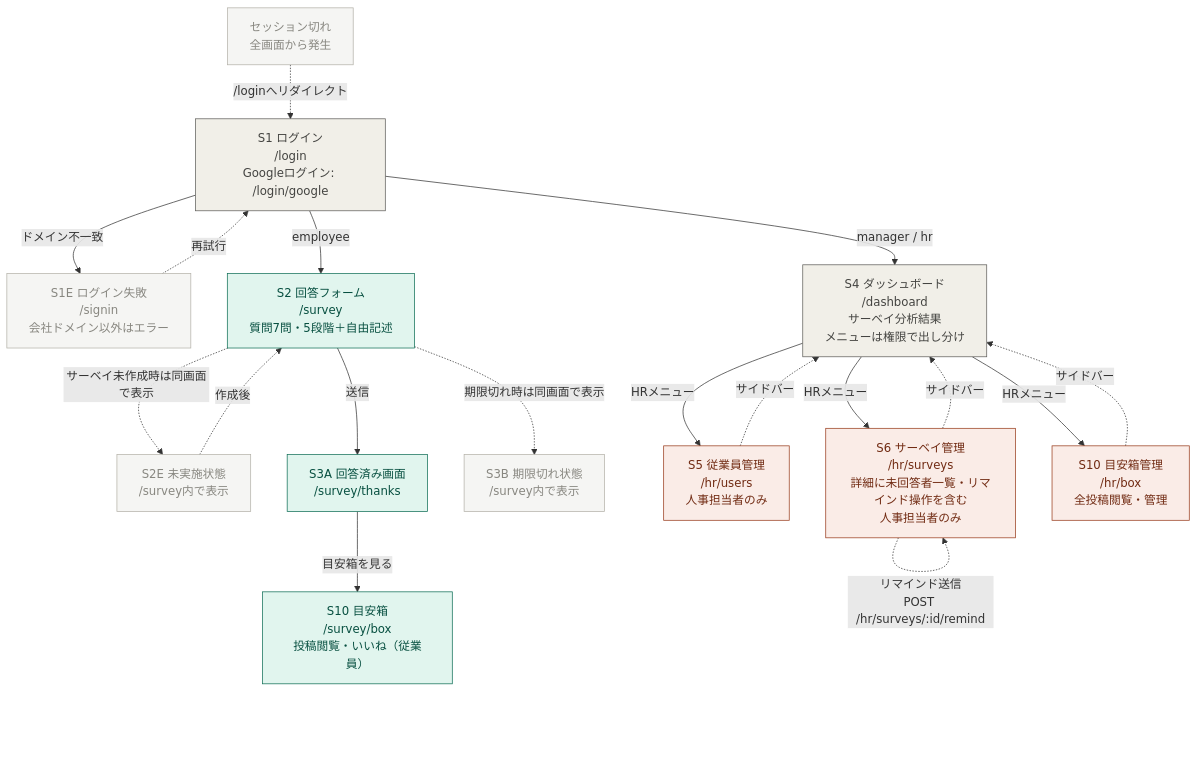
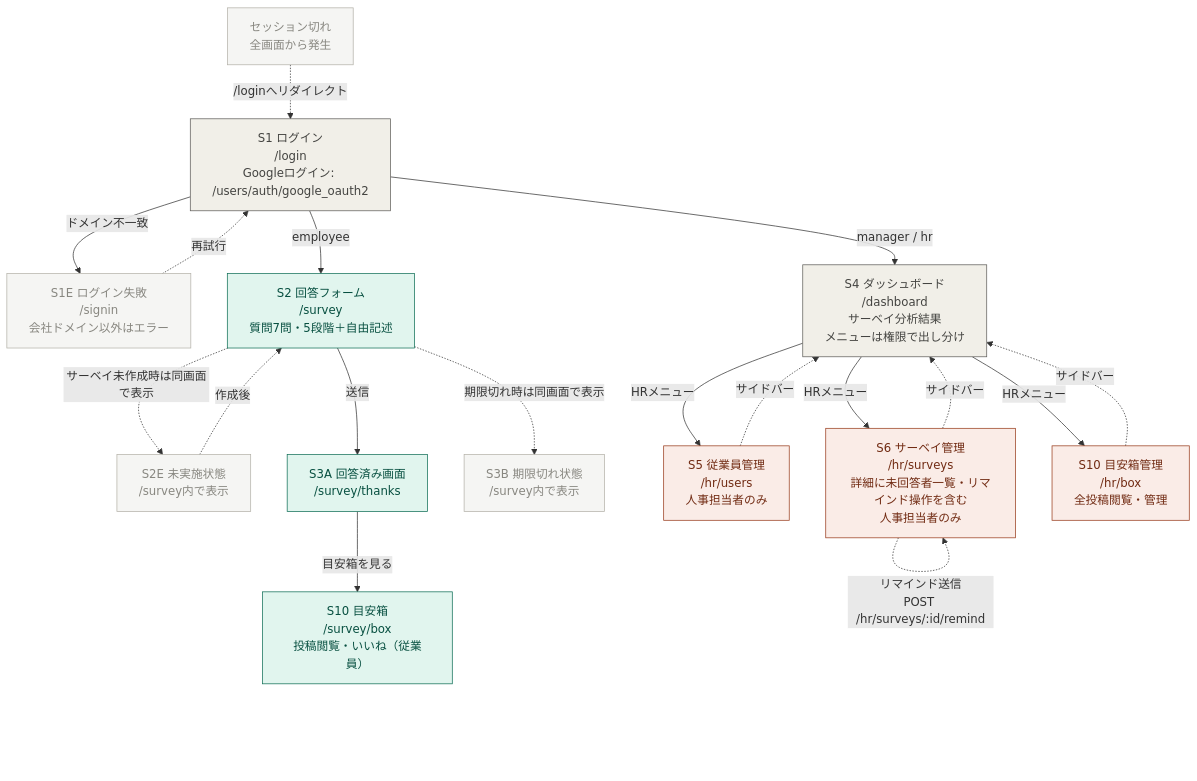
One commit to localworks/pulseee changed the diagram in docs/design.md. Above: the diagram before and after it, drawn with Mermaid. The commit also changed other lines of this file, not shown here.

Commit message:
docs: fix Google login route design

````diff
--- a/docs/design.md
+++ b/docs/design.md
@@ -163,44 +162,44 @@
 ```mermaid
 flowchart TD
     classDef common   fill:#F1EFE8,stroke:#5F5E5A,color:#444441
     classDef employee fill:#E1F5EE,stroke:#0F6E56,color:#085041
     classDef manager  fill:#EEEDFE,stroke:#534AB7,color:#26215C
     classDef hr       fill:#FAECE7,stroke:#993C1D,color:#712B13
     classDef error    fill:#F5F5F3,stroke:#B4B2A9,color:#888780
 
-    S1["S1 ログイン\n/login\nGoogleログイン: /login/google"]:::common
+    S1["S1 ログイン\n/login\nGoogleログイン: /users/auth/google_oauth2"]:::common
     S1E["S1E ログイン失敗\n/signin\n会社ドメイン以外はエラー"]:::error
     SX["セッション切れ\n全画面から発生"]:::error
 
     S1 -- ドメイン不一致 --> S1E
     S1E -. 再試行 .-> S1
     SX -. /loginへリダイレクト .-> S1
 
     S1 -- employee --> S2
     S1 -- manager / hr --> S4
 
     S2["S2 回答フォーム\n/survey\n質問7問・5段階＋自由記述"]:::employee
     S2E["S2E 未実施状態\n/survey内で表示"]:::error
     S3A["S3A 回答済み画面\n/survey/thanks"]:::employee
     S3B["S3B 期限切れ状態\n/survey内で表示"]:::error
     S10_EMP["S10 目安箱\n/survey/box\n投稿閲覧・いいね（従業員）"]:::employee
 
     S2 -. サーベイ未作成時は同画面で表示 .-> S2E
     S2E -. 作成後 .-> S2
     S2 -- 送信 --> S3A
     S2 -. 期限切れ時は同画面で表示 .-> S3B
     S3A -- 目安箱を見る --> S10_EMP
 
     S4["S4 ダッシュボード\n/dashboard\nサーベイ分析結果\nメニューは権限で出し分け"]:::common
     S5["S5 従業員管理\n/hr/users\n人事担当者のみ"]:::hr
     S6["S6 サーベイ管理\n/hr/surveys\n詳細に未回答者一覧・リマインド操作を含む\n人事担当者のみ"]:::hr
     S10_HR["S10 目安箱管理\n/hr/box\n全投稿閲覧・管理"]:::hr
 
     S4 -- HRメニュー --> S5
     S4 -- HRメニュー --> S6
     S4 -- HRメニュー --> S10_HR
     S6 -. リマインド送信\nPOST /hr/surveys/:id/remind .-> S6
     S5 -. サイドバー .-> S4
     S6 -. サイドバー .-> S4
     S10_HR -. サイドバー .-> S4
 ```
````
